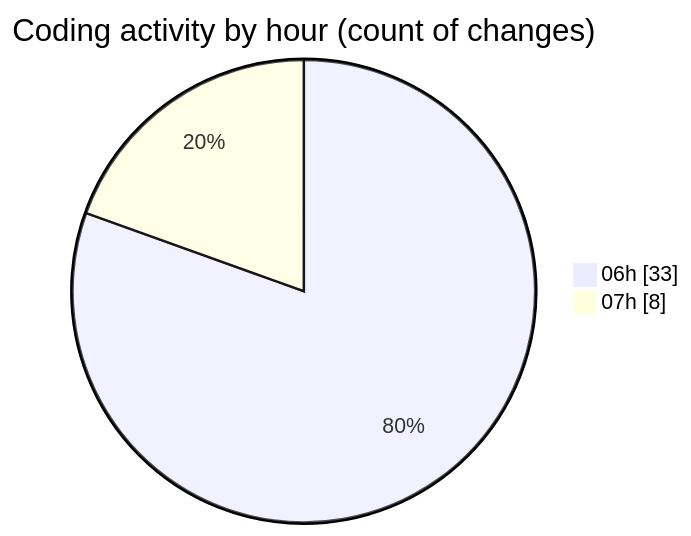
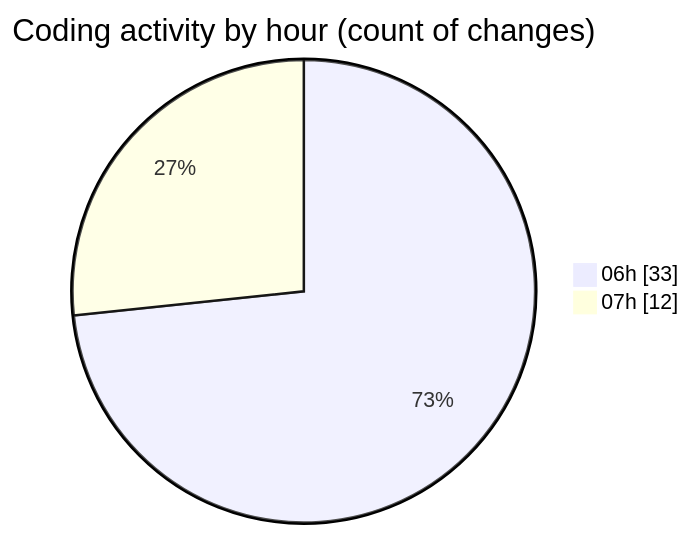
Before and after one commit to charlie-sans/code-tracking: the second of 2 diagrams in 2025-02-21/micros/README.md, drawn with Mermaid. The commit also changed other lines of this file and 1 other file, not shown here.

````diff
--- a/2025-02-21/micros/README.md
+++ b/2025-02-21/micros/README.md
@@ -53,6 +57,6 @@
 ```mermaid
 pie showData
 title Coding activity by hour (count of changes)
 "06h" : 33
-"07h" : 8
+"07h" : 12
 ```
````
